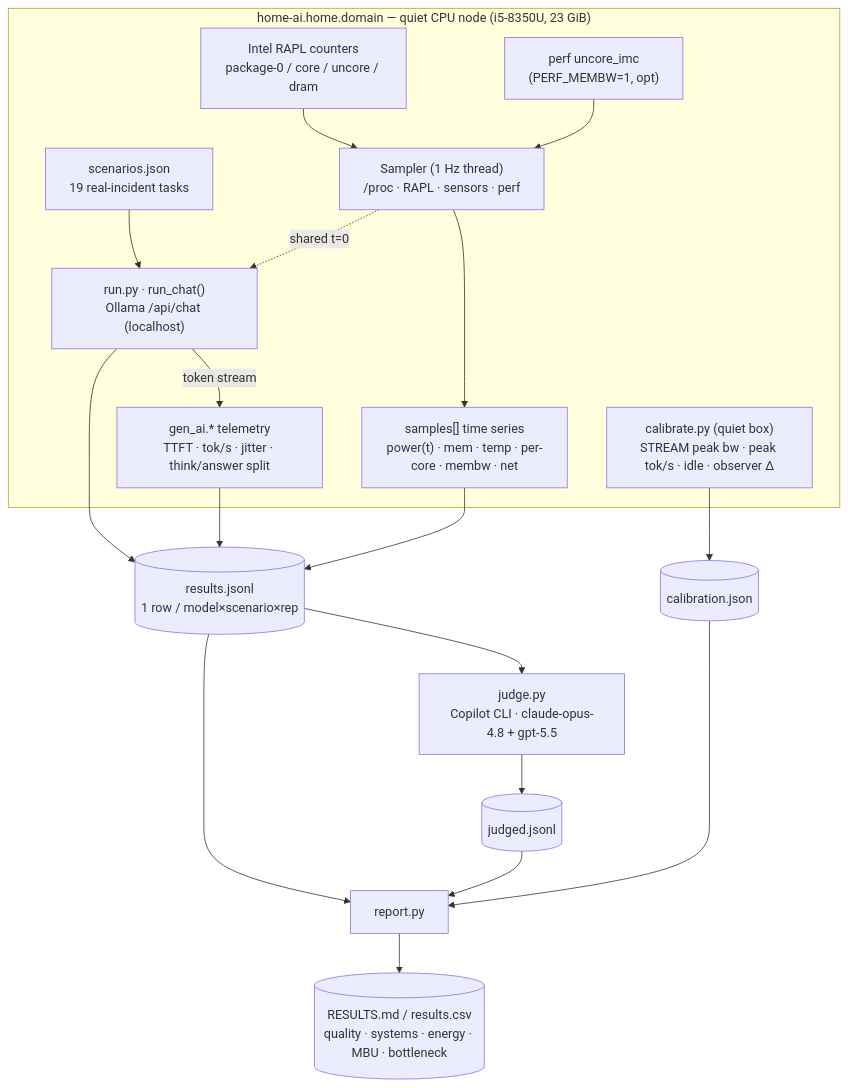
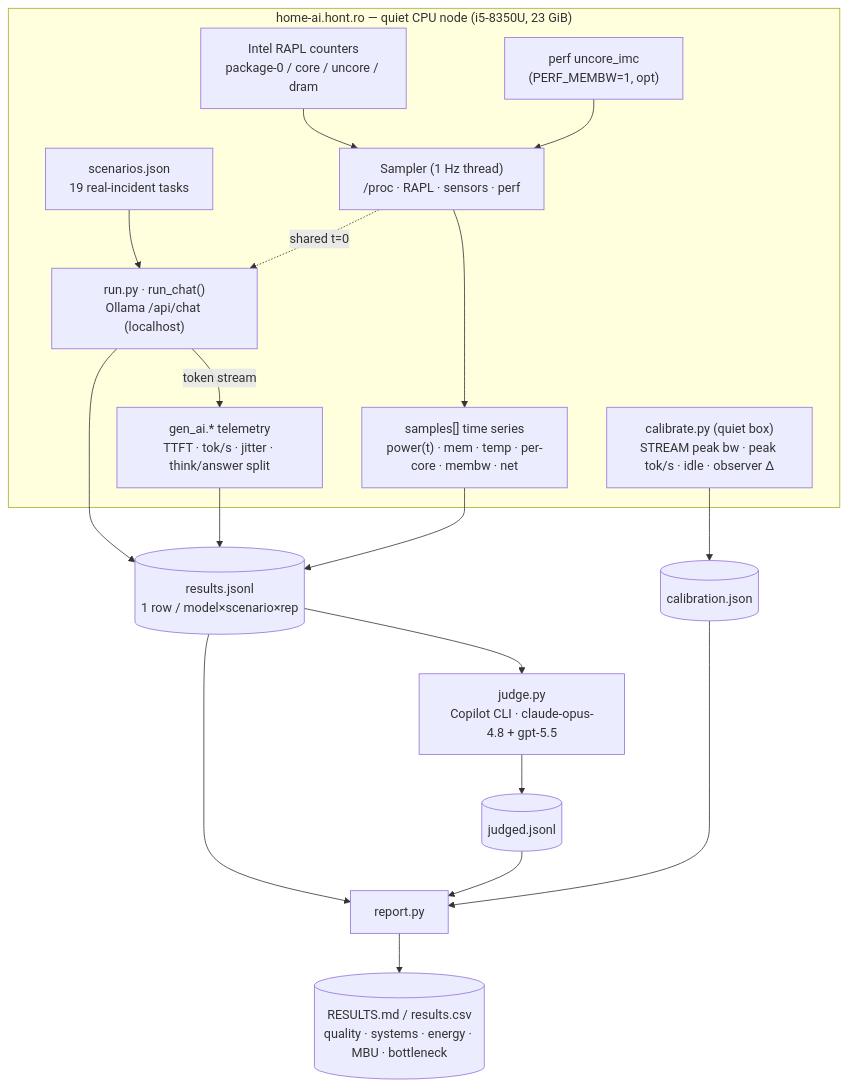
Before and after one commit to dragoshont/apprenticeops: the diagram in docs/TELEMETRY.md, drawn with Mermaid. The commit also changed 7 other files, not shown here.

````diff
--- a/docs/TELEMETRY.md
+++ b/docs/TELEMETRY.md
@@ -20,24 +20,24 @@
 ```mermaid
 flowchart TD
-    subgraph node["home-ai.home.domain — quiet CPU node (i5-8350U, 23 GiB)"]
+    subgraph node["home-ai.hont.ro — quiet CPU node (i5-8350U, 23 GiB)"]
         sc[scenarios.json<br/>19 real-incident tasks] --> rc
         rc["run.py · run_chat()<br/>Ollama /api/chat (localhost)"]
         rc -- token stream --> gen["gen_ai.* telemetry<br/>TTFT · tok/s · jitter · think/answer split"]
         samp["Sampler (1 Hz thread)<br/>/proc · RAPL · sensors · perf"] -. shared t=0 .-> rc
         samp --> series["samples[] time series<br/>power(t) · mem · temp · per-core · membw · net"]
         rapl["Intel RAPL counters<br/>package-0 / core / uncore / dram"] --> samp
         perf["perf uncore_imc<br/>(PERF_MEMBW=1, opt)"] --> samp
         cal["calibrate.py (quiet box)<br/>STREAM peak bw · peak tok/s · idle · observer Δ"]
     end
     rc --> row[("results.jsonl<br/>1 row / model×scenario×rep")]
     gen --> row
     series --> row
     cal --> caljson[("calibration.json")]
 
     row --> judge["judge.py<br/>Copilot CLI · claude-opus-4.8 + gpt-5.5"]
     judge --> judged[("judged.jsonl")]
     row --> rep
     judged --> rep
     caljson --> rep["report.py"]
     rep --> md[("RESULTS.md / results.csv<br/>quality · systems · energy · MBU · bottleneck")]
 ```
````
